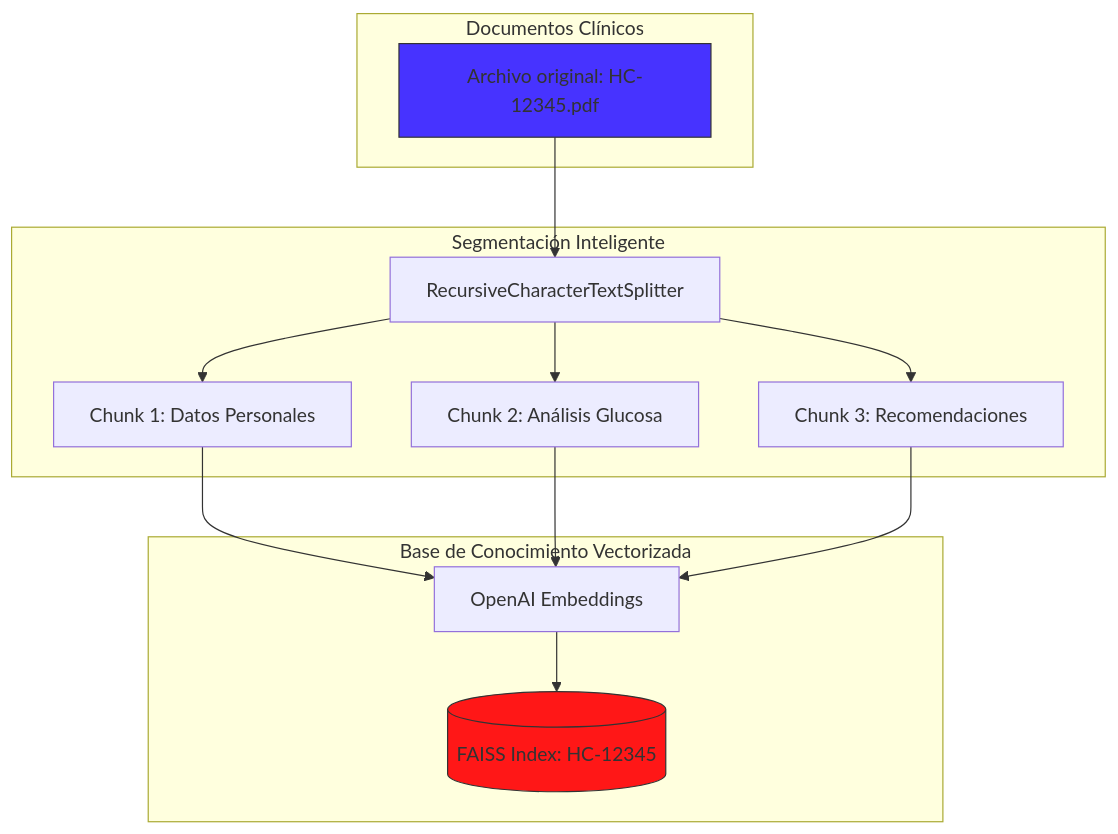
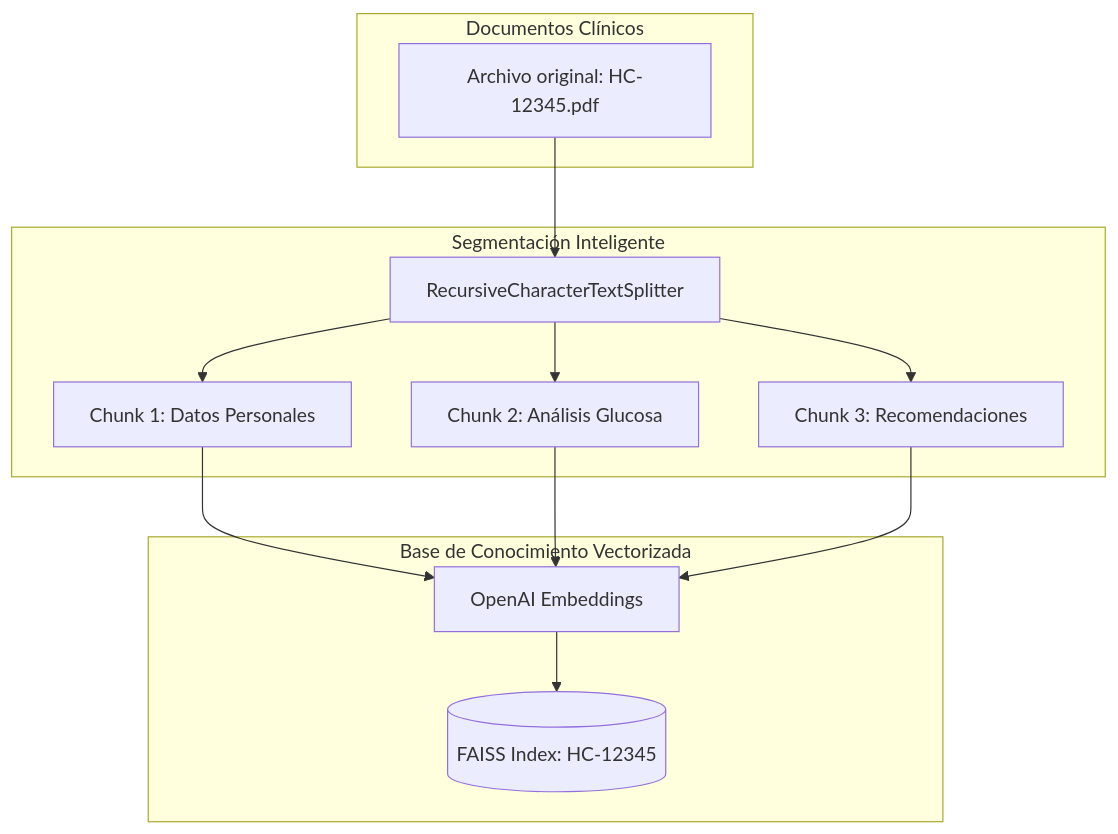
The second of 7 diagrams in README.md (devhadson/Project-Agentic-AI-SMAI), drawn with Mermaid before and after one commit. The commit also changed other lines of this file, not shown here.

````diff
--- a/README.md
+++ b/README.md
@@ -94,29 +96,27 @@
 ```mermaid
 graph TD
     subgraph Docs [Documentos Clínicos]
         PDF[Archivo original: HC-12345.pdf]
     end
 
     subgraph Splitter [Segmentación Inteligente]
         REC[RecursiveCharacterTextSplitter]
         CH1[Chunk 1: Datos Personales]
         CH2[Chunk 2: Análisis Glucosa]
         CH3[Chunk 3: Recomendaciones]
     end
 
     subgraph Knowledge [Base de Conocimiento Vectorizada]
         EMB[OpenAI Embeddings]
         FAISS[(FAISS Index: HC-12345)]
     end
 
     PDF --> REC
     REC --> CH1
     REC --> CH2
     REC --> CH3
     CH1 & CH2 & CH3 --> EMB
     EMB --> FAISS
 
-    style FAISS fill:#FF1717,stroke:#333
-    style PDF fill:#4733FF,stroke:#333
 
 ```
````
